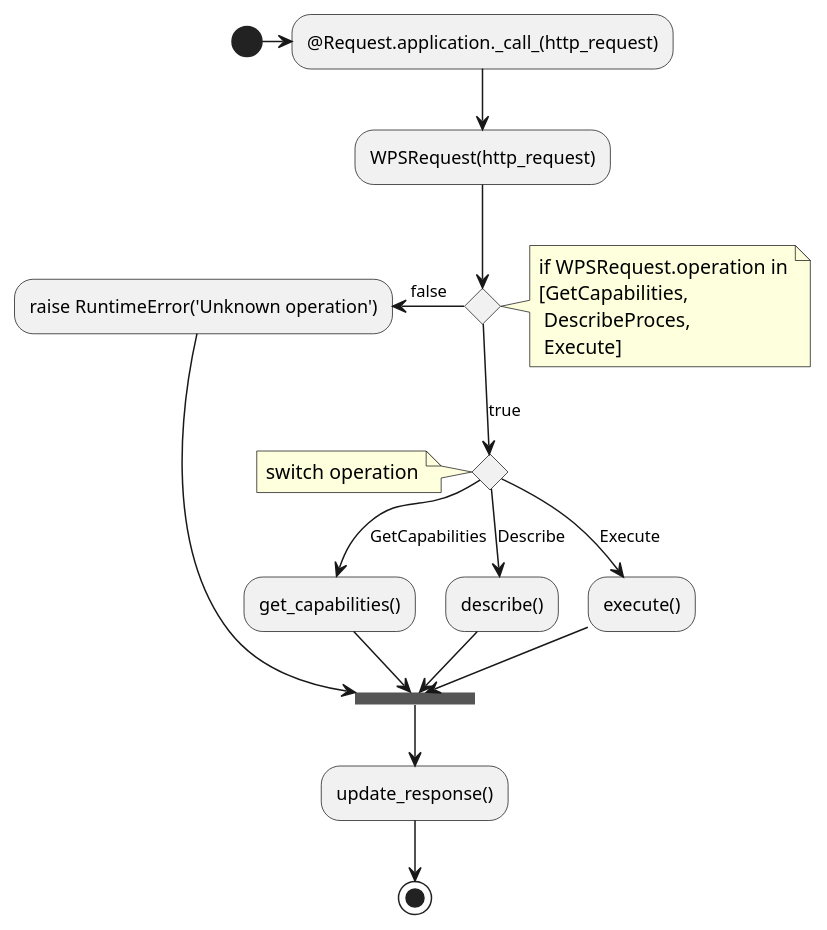
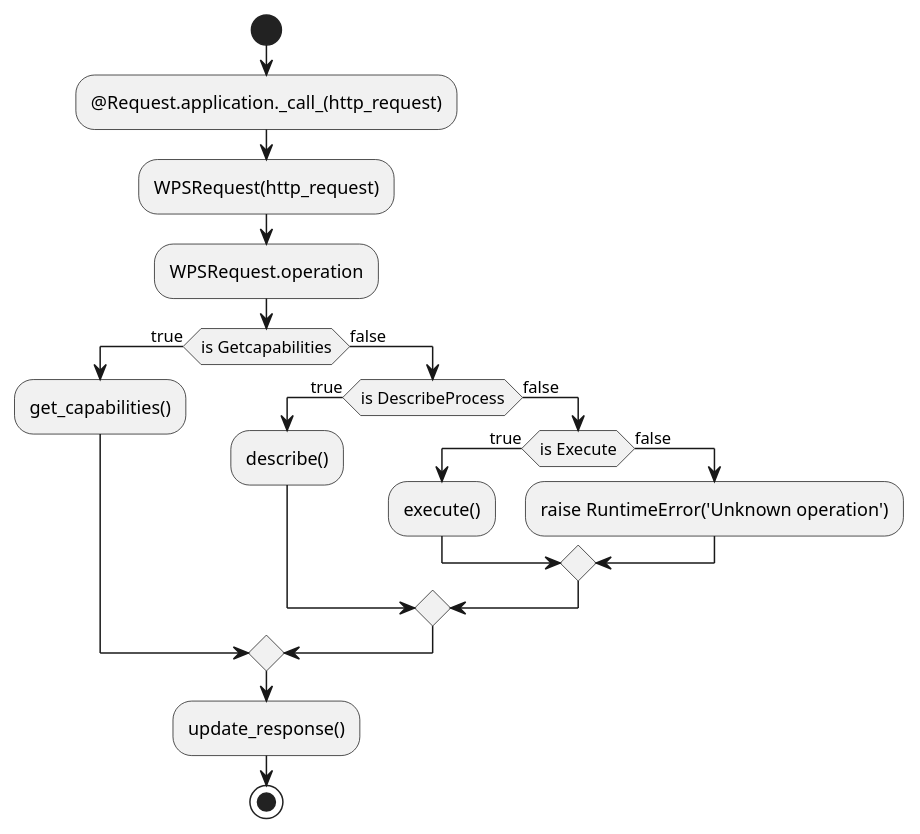
Before and after one commit to ctu-geoforall-lab-projects/dp-laza-2018: the diagram in diagrams/operations.puml, drawn with PlantUML. The commit also changed 8 other files, not shown here.

Commit message:
Added diagrams until Process.execute section

```diff
--- a/diagrams/operations.puml
+++ b/diagrams/operations.puml
@@ -1,31 +1,21 @@
 @startuml
-(*)  -> "@Request.application._call_(http_request)"
---> "WPSRequest(http_request)"
---> if ""
- note right
-  if WPSRequest.operation in
-  [GetCapabilities,
-   DescribeProces,
-   Execute]
- end note
- -->[true]if ""
-  note left
-   switch operation
-  end note
-  --> [GetCapabilities] "get_capabilities()"
-  --> ==BEFORE_RESPONSE==
- else
-  -->[Describe] "describe()"
-  --> ==BEFORE_RESPONSE==
- else
-  -->[Execute] "execute()"
-  --> ==BEFORE_RESPONSE==
- Endif
-else
- -left-> [false] "raise RuntimeError('Unknown operation')"
- --> ==BEFORE_RESPONSE==
-Endif
-
---> "update_response()"
---> (*)
+start
+:@Request.application._call_(http_request);
+:WPSRequest(http_request);
+:WPSRequest.operation;
+if (is Getcapabilities) then (true)
+ :get_capabilities();
+else (false)
+  if (is DescribeProcess) then (true)
+   :describe();
+  else (false)
+    if (is Execute) then (true)
+     :execute();
+    else (false)
+       :raise RuntimeError('Unknown operation');
+    endif
+  endif
+endif
+:update_response();
+stop
 @enduml
```
